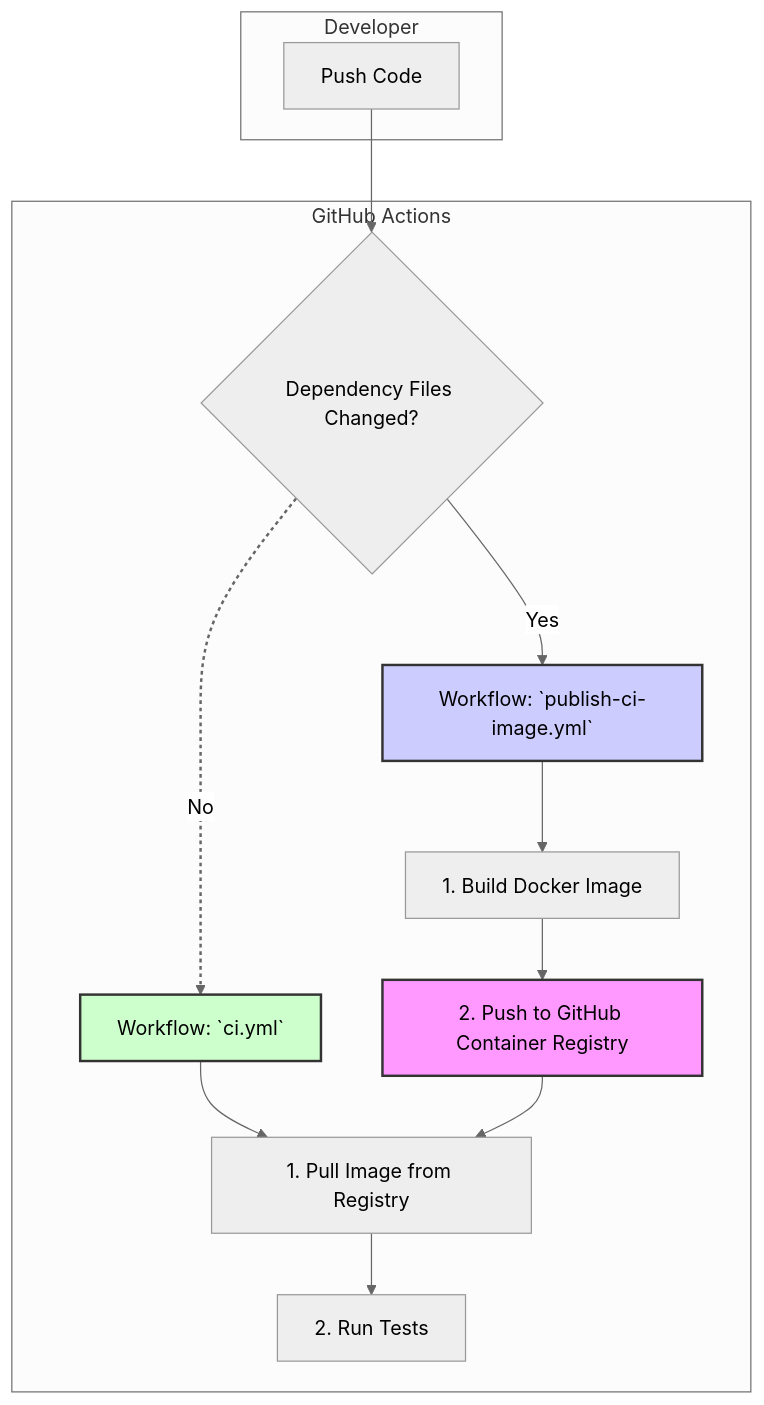
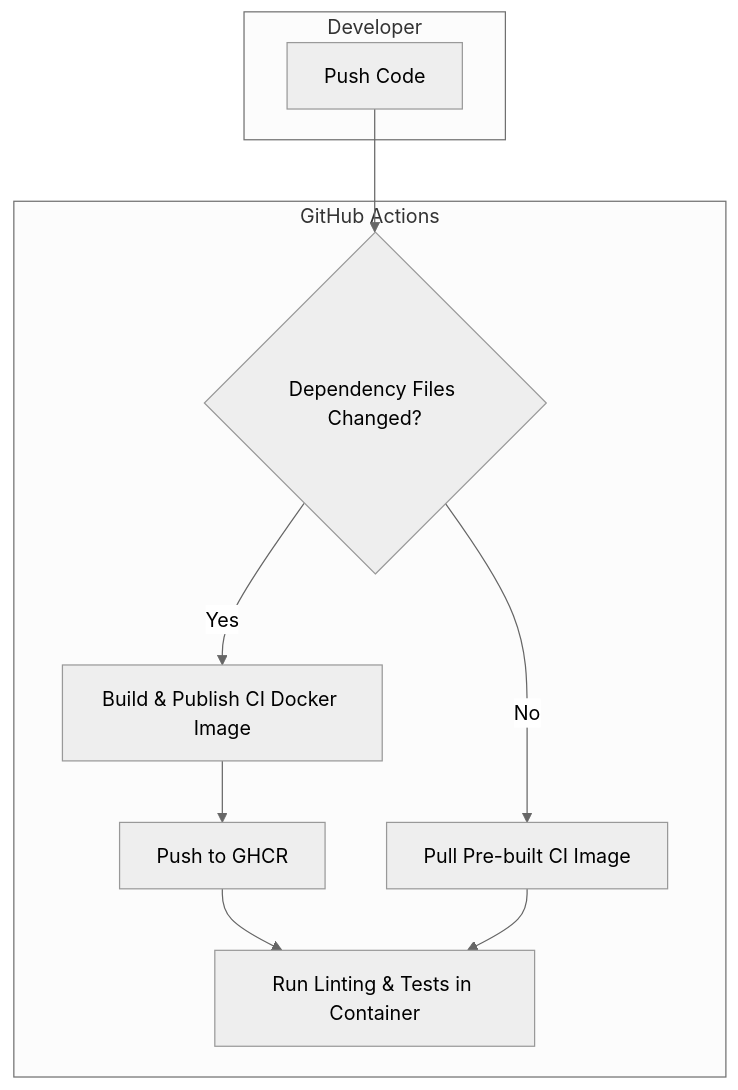
Before and after one commit to solidsystems/wp-qr-trackr: the first of 2 diagrams in README.md, drawn with Mermaid (neutral theme). The commit also changed other lines of this file and 4 other files, not shown here.

Commit message:
docs: update containerization, CI/CD, and troubleshooting sections with architecture diagrams and lessons learned

````diff
--- a/README.md
+++ b/README.md
@@ -132,24 +132,16 @@
 ```mermaid
 graph TD
     subgraph "Developer"
         A[Push Code]
     end
 
     subgraph "GitHub Actions"
-        A --> B{Dependency Files Changed?};
-        B -- Yes --> C[Workflow: `publish-ci-image.yml`];
-        B -- No --> D[Workflow: `ci.yml`];
-
-        C --> E[1. Build Docker Image];
-        E --> F[2. Push to GitHub Container Registry];
-
-        D --> G[1. Pull Image from Registry];
-        F --> G;
-        G --> H[2. Run Tests];
+        A --> B{Dependency Files Changed?}
+        B -- Yes --> C[Build & Publish CI Docker Image]
+        B -- No --> D[Pull Pre-built CI Image]
+        C --> E[Push to GHCR]
+        E --> F[CI Workflow: Run Tests]
+        D --> F
+        F[Run Linting & Tests in Container]
     end
-
-    style F fill:#f9f,stroke:#333,stroke-width:2px
-    style C fill:#ccf,stroke:#333,stroke-width:2px
-    style D fill:#cfc,stroke:#333,stroke-width:2px
-    linkStyle 2 stroke-width:2px,stroke-dasharray: 3 3;
 ```
````
